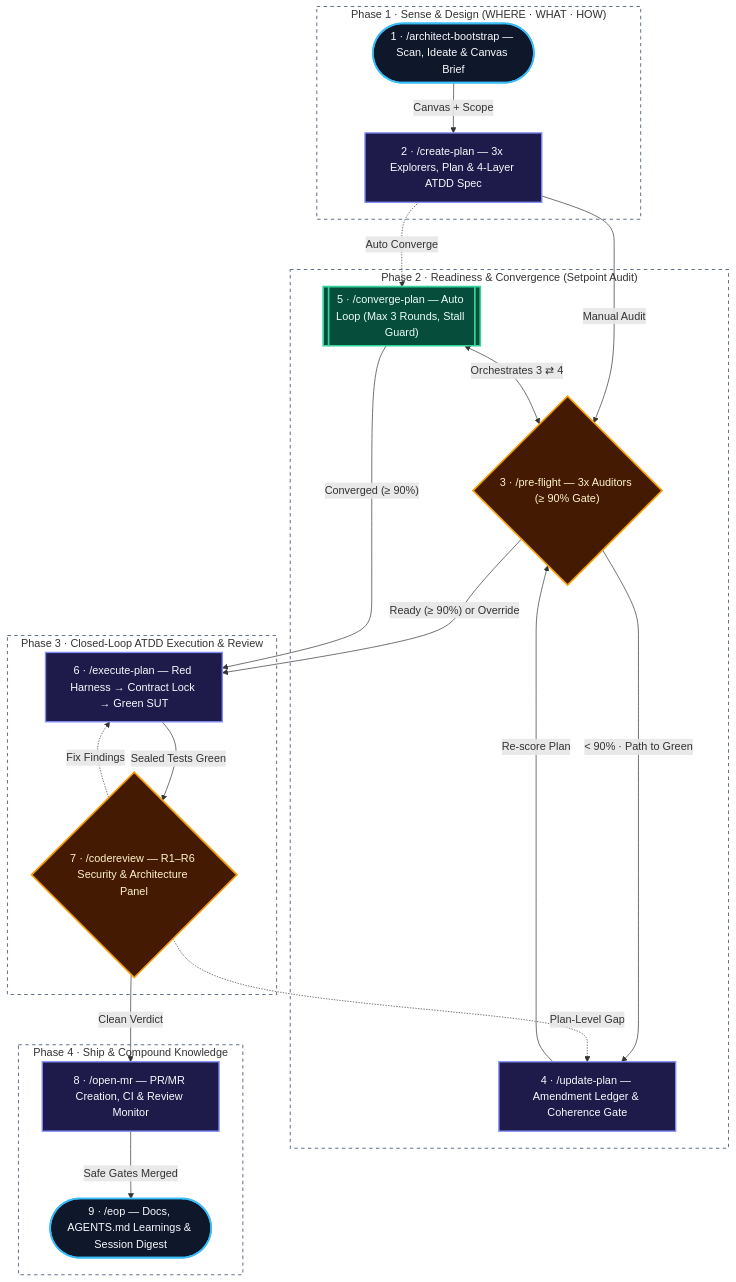
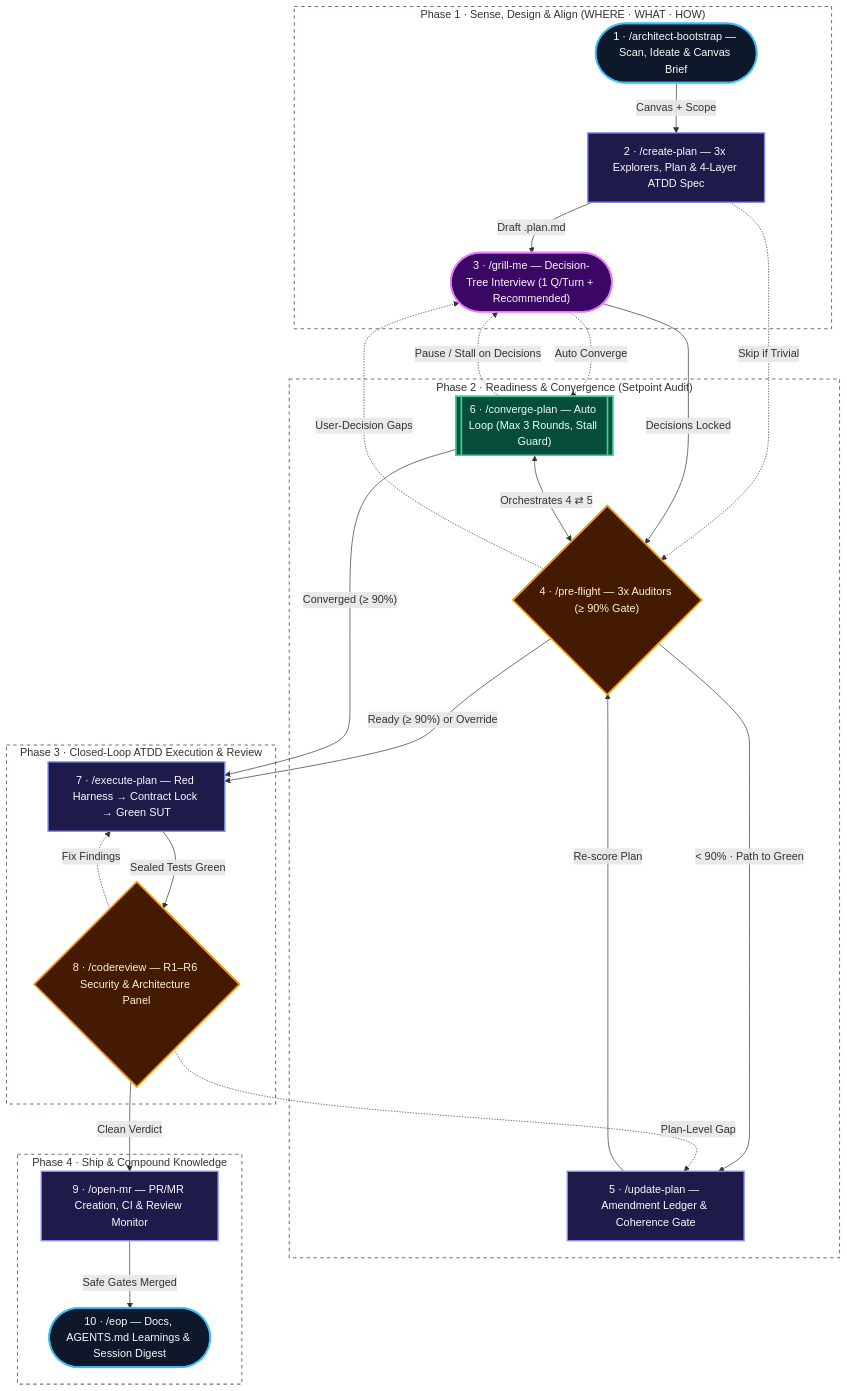
Before and after one commit to tal-hason/agent-pipeline: the diagram in README.md, drawn with Mermaid. The commit also changed other lines of this file and 21 other files, not shown here.

Commit message:
feat(pipeline): add grill-me decision-tree interview skill after create-plan and pre-flight

````diff
--- a/README.md
+++ b/README.md
@@ -5,52 +5,59 @@
 ```mermaid
 flowchart TD
-    subgraph P1 ["Phase 1 · Sense & Design (WHERE · WHAT · HOW)"]
+    subgraph P1 ["Phase 1 · Sense, Design & Align (WHERE · WHAT · HOW)"]
         S1(["1 · /architect-bootstrap — Scan, Ideate & Canvas Brief"])
         S2["2 · /create-plan — 3x Explorers, Plan & 4-Layer ATDD Spec"]
+        S3(["3 · /grill-me — Decision-Tree Interview (1 Q/Turn + Recommended)"])
     end
 
     subgraph P2 ["Phase 2 · Readiness & Convergence (Setpoint Audit)"]
-        S3{"3 · /pre-flight — 3x Auditors (≥ 90% Gate)"}
-        S4["4 · /update-plan — Amendment Ledger & Coherence Gate"]
-        S5[["5 · /converge-plan — Auto Loop (Max 3 Rounds, Stall Guard)"]]
+        S4{"4 · /pre-flight — 3x Auditors (≥ 90% Gate)"}
+        S5["5 · /update-plan — Amendment Ledger & Coherence Gate"]
+        S6[["6 · /converge-plan — Auto Loop (Max 3 Rounds, Stall Guard)"]]
     end
 
     subgraph P3 ["Phase 3 · Closed-Loop ATDD Execution & Review"]
-        S6["6 · /execute-plan — Red Harness → Contract Lock → Green SUT"]
-        S7{"7 · /codereview — R1–R6 Security & Architecture Panel"}
+        S7["7 · /execute-plan — Red Harness → Contract Lock → Green SUT"]
+        S8{"8 · /codereview — R1–R6 Security & Architecture Panel"}
     end
 
     subgraph P4 ["Phase 4 · Ship & Compound Knowledge"]
-        S8["8 · /open-mr — PR/MR Creation, CI & Review Monitor"]
-        S9(["9 · /eop — Docs, AGENTS.md Learnings & Session Digest"])
+        S9["9 · /open-mr — PR/MR Creation, CI & Review Monitor"]
+        S10(["10 · /eop — Docs, AGENTS.md Learnings & Session Digest"])
     end
 
     S1 -->|"Canvas + Scope"| S2
-    S2 -->|"Manual Audit"| S3
-    S2 -.->|"Auto Converge"| S5
-    S3 -->|"< 90% · Path to Green"| S4
-    S4 -->|"Re-score Plan"| S3
-    S5 <-->|"Orchestrates 3 ⇄ 4"| S3
-    S3 -->|"Ready (≥ 90%) or Override"| S6
-    S5 -->|"Converged (≥ 90%)"| S6
-    S6 -->|"Sealed Tests Green"| S7
-    S7 -.->|"Fix Findings"| S6
-    S7 -.->|"Plan-Level Gap"| S4
-    S7 -->|"Clean Verdict"| S8
-    S8 -->|"Safe Gates Merged"| S9
+    S2 -->|"Draft .plan.md"| S3
+    S2 -.->|"Skip if Trivial"| S4
+    S3 -->|"Decisions Locked"| S4
+    S3 -.->|"Auto Converge"| S6
+    S4 -->|"< 90% · Path to Green"| S5
+    S5 -->|"Re-score Plan"| S4
+    S6 <-->|"Orchestrates 4 ⇄ 5"| S4
+    S4 -.->|"User-Decision Gaps"| S3
+    S6 -.->|"Pause / Stall on Decisions"| S3
+    S4 -->|"Ready (≥ 90%) or Override"| S7
+    S6 -->|"Converged (≥ 90%)"| S7
+    S7 -->|"Sealed Tests Green"| S8
+    S8 -.->|"Fix Findings"| S7
+    S8 -.->|"Plan-Level Gap"| S5
+    S8 -->|"Clean Verdict"| S9
+    S9 -->|"Safe Gates Merged"| S10
 
     classDef entryExit fill:#0f172a,stroke:#38bdf8,stroke-width:2.5px,color:#f8fafc
+    classDef interview fill:#3b0764,stroke:#e879f9,stroke-width:2.5px,color:#fdf4ff
     classDef action fill:#1e1b4b,stroke:#818cf8,stroke-width:2px,color:#f8fafc
     classDef gate fill:#451a03,stroke:#f59e0b,stroke-width:2.5px,color:#fef3c7
     classDef loopNode fill:#064e3b,stroke:#34d399,stroke-width:2.5px,color:#ecfdf5
 
-    class S1,S9 entryExit
-    class S2,S4,S6,S8 action
-    class S3,S7 gate
-    class S5 loopNode
+    class S1,S10 entryExit
+    class S3 interview
+    class S2,S5,S7,S9 action
+    class S4,S8 gate
+    class S6 loopNode
 
     style P1 fill:transparent,stroke:#64748b,stroke-width:1.5px,stroke-dasharray: 5 5
     style P2 fill:transparent,stroke:#64748b,stroke-width:1.5px,stroke-dasharray: 5 5
     style P3 fill:transparent,stroke:#64748b,stroke-width:1.5px,stroke-dasharray: 5 5
     style P4 fill:transparent,stroke:#64748b,stroke-width:1.5px,stroke-dasharray: 5 5
 ```
````
